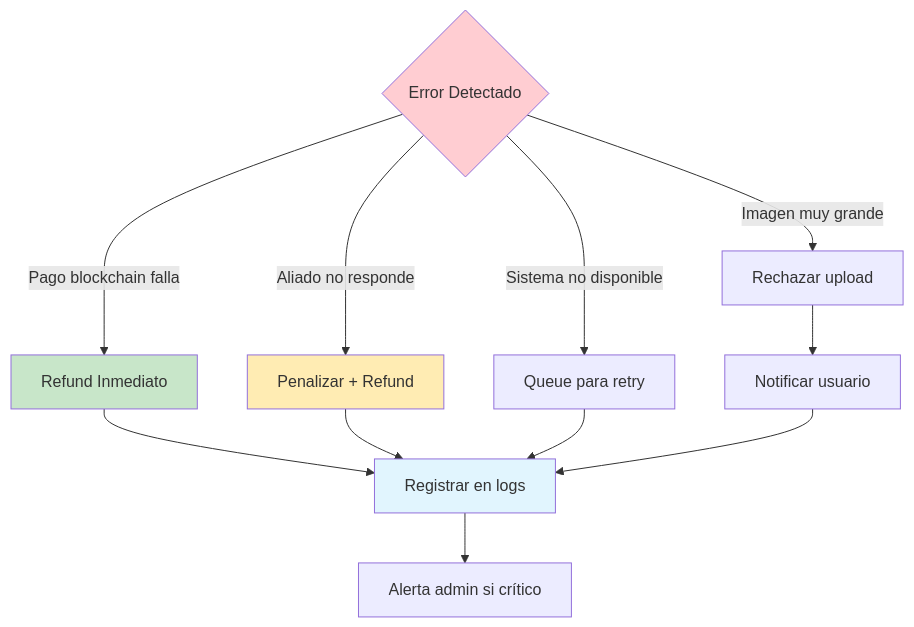
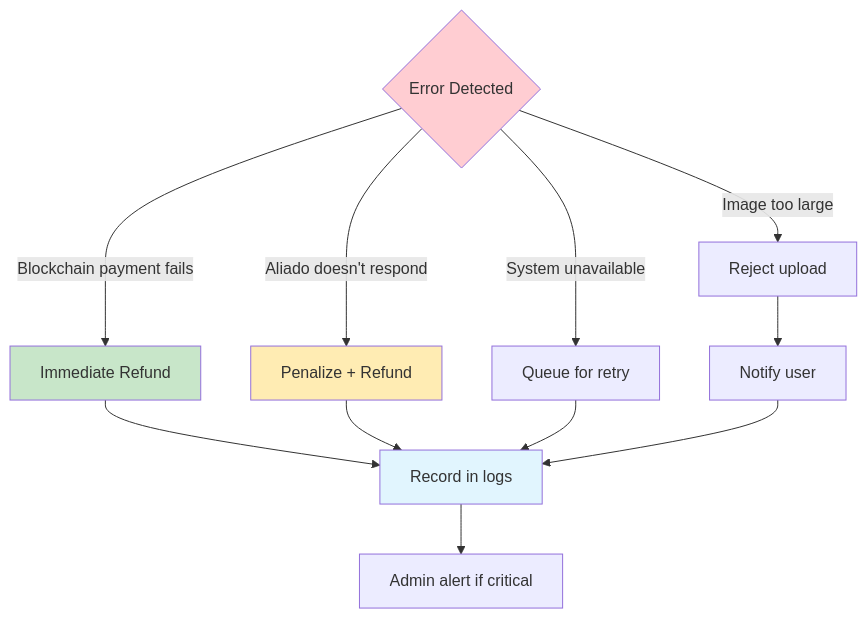
The sixth of 8 diagrams in 02-estados-y-flujos.md (kibo-project/Kibo-Wiki), drawn with Mermaid before and after one commit. The commit also changed other lines of this file and 5 other files, not shown here.

````diff
--- a/02-estados-y-flujos.md
+++ b/02-estados-y-flujos.md
@@ -334,20 +334,20 @@
 ```mermaid
 flowchart TD
-    ERROR{Error Detectado} --> |Pago blockchain falla| REFUND_USER[Refund Inmediato]
-    ERROR --> |Aliado no responde| PENALTY[Penalizar + Refund]
-    ERROR --> |Sistema no disponible| QUEUE[Queue para retry]
-    ERROR --> |Imagen muy grande| REJECT[Rechazar upload]
+    ERROR{Error Detected} --> |Blockchain payment fails| REFUND_USER[Immediate Refund]
+    ERROR --> |Aliado doesn't respond| PENALTY[Penalize + Refund]
+    ERROR --> |System unavailable| QUEUE[Queue for retry]
+    ERROR --> |Image too large| REJECT[Reject upload]
     
-    REFUND_USER --> LOG[Registrar en logs]
+    REFUND_USER --> LOG[Record in logs]
     PENALTY --> LOG
     QUEUE --> LOG
-    REJECT --> USER_NOTIFY[Notificar usuario]
+    REJECT --> USER_NOTIFY[Notify user]
     
-    LOG --> ADMIN_ALERT[Alerta admin si crítico]
+    LOG --> ADMIN_ALERT[Admin alert if critical]
     USER_NOTIFY --> LOG
     
     style ERROR fill:#ffcdd2
     style REFUND_USER fill:#c8e6c9
     style PENALTY fill:#ffecb3
     style LOG fill:#e1f5fe
 ```
````
